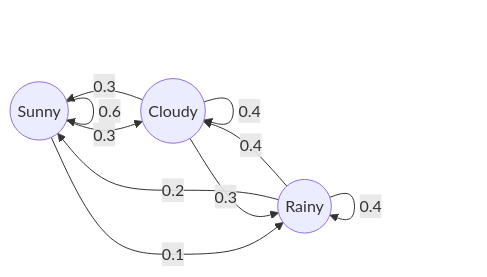
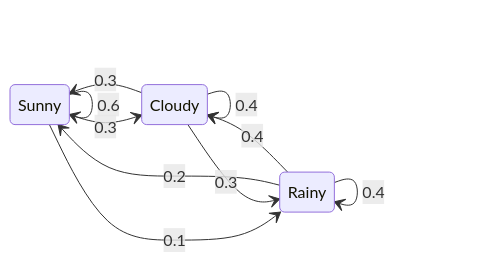
The diagram in eval/figure/generated/haiku/s-markov.md (vrevolverrr/vicher), drawn with Mermaid before and after one commit. The commit also changed other lines of this file and 243 other files, not shown here.

First line of the commit message:
feat(figure): replace tags with groups and states (#13)

````diff
--- a/eval/figure/generated/haiku/s-markov.md
+++ b/eval/figure/generated/haiku/s-markov.md
@@ -3,12 +3,13 @@
 ```mermaid
-flowchart LR
-    S((Sunny)) -- 0.6 --> S
-    S -- 0.3 --> C((Cloudy))
-    S -- 0.1 --> R((Rainy))
-    C -- 0.3 --> S
-    C -- 0.4 --> C
-    C -- 0.3 --> R
-    R -- 0.2 --> S
-    R -- 0.4 --> C
-    R -- 0.4 --> R
+stateDiagram-v2
+    direction LR
+    Sunny --> Sunny: 0.6
+    Sunny --> Cloudy: 0.3
+    Sunny --> Rainy: 0.1
+    Cloudy --> Sunny: 0.3
+    Cloudy --> Cloudy: 0.4
+    Cloudy --> Rainy: 0.3
+    Rainy --> Sunny: 0.2
+    Rainy --> Cloudy: 0.4
+    Rainy --> Rainy: 0.4
 ```
````
